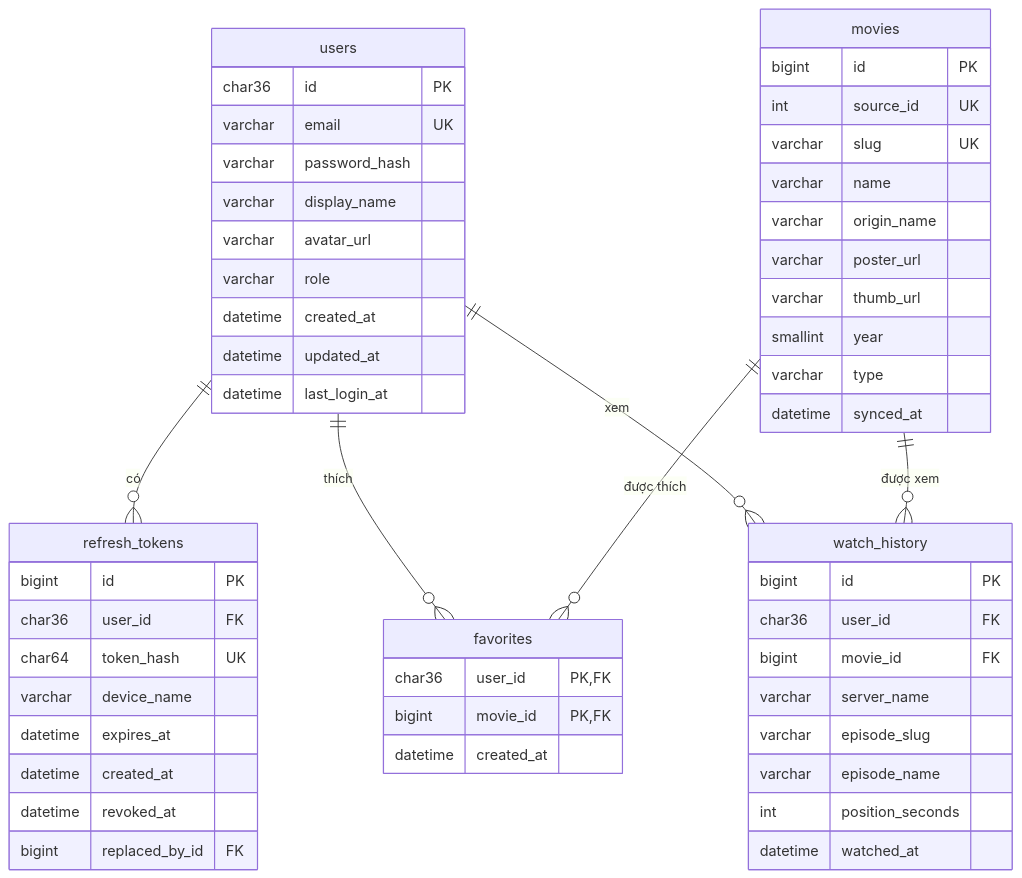
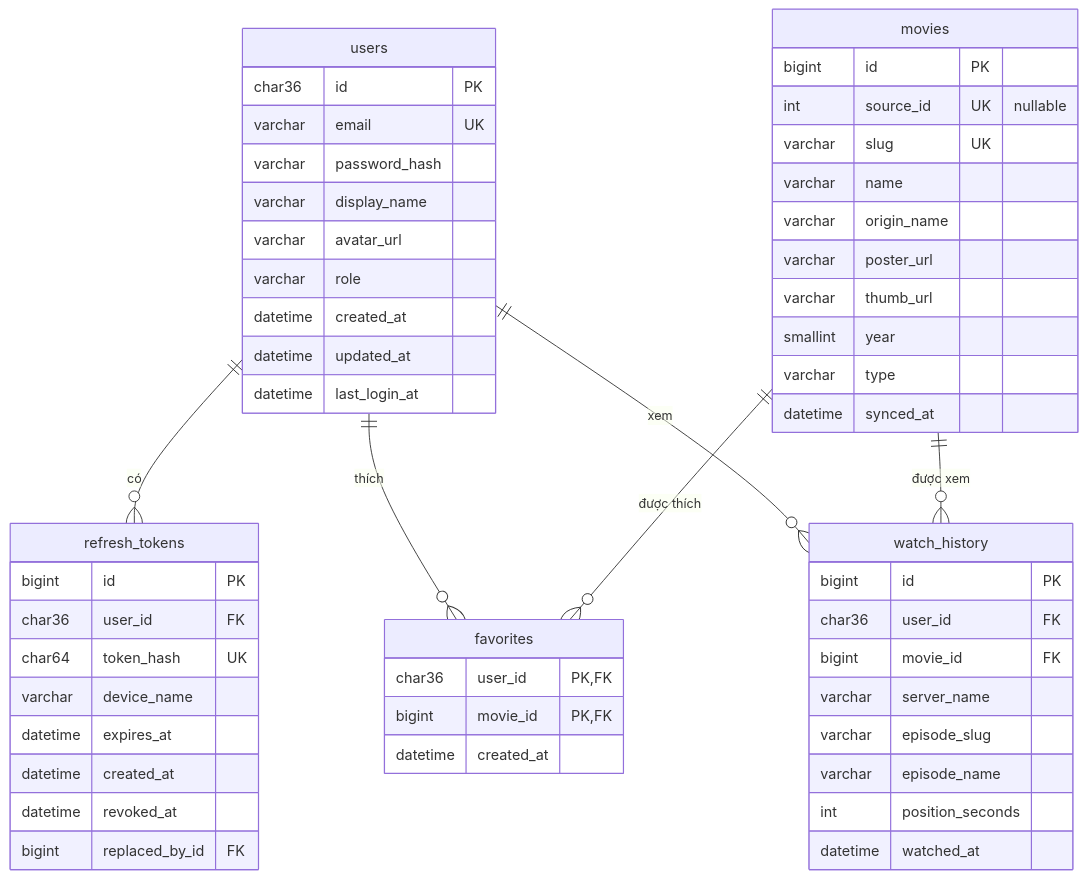
One commit to Truonghocdot/failing_subject changed the diagram in btl_flutter/docs/06-database.md. Above: the diagram before and after it, drawn with Mermaid. The commit also changed other lines of this file and 114 other files, not shown here.

````diff
--- a/btl_flutter/docs/06-database.md
+++ b/btl_flutter/docs/06-database.md
@@ -50,57 +50,57 @@
 ```mermaid
 erDiagram
     users ||--o{ refresh_tokens : "có"
     users ||--o{ favorites : "thích"
     users ||--o{ watch_history : "xem"
     movies ||--o{ favorites : "được thích"
     movies ||--o{ watch_history : "được xem"
 
     users {
         char36 id PK
         varchar email UK
         varchar password_hash
         varchar display_name
         varchar avatar_url
         varchar role
         datetime created_at
         datetime updated_at
         datetime last_login_at
     }
     refresh_tokens {
         bigint id PK
         char36 user_id FK
         char64 token_hash UK
         varchar device_name
         datetime expires_at
         datetime created_at
         datetime revoked_at
         bigint replaced_by_id FK
     }
     movies {
         bigint id PK
-        int source_id UK
+        int source_id UK "nullable"
         varchar slug UK
         varchar name
         varchar origin_name
         varchar poster_url
         varchar thumb_url
         smallint year
         varchar type
         datetime synced_at
     }
     favorites {
         char36 user_id PK,FK
         bigint movie_id PK,FK
         datetime created_at
     }
     watch_history {
         bigint id PK
         char36 user_id FK
         bigint movie_id FK
         varchar server_name
         varchar episode_slug
         varchar episode_name
         int position_seconds
         datetime watched_at
     }
 ```
````
